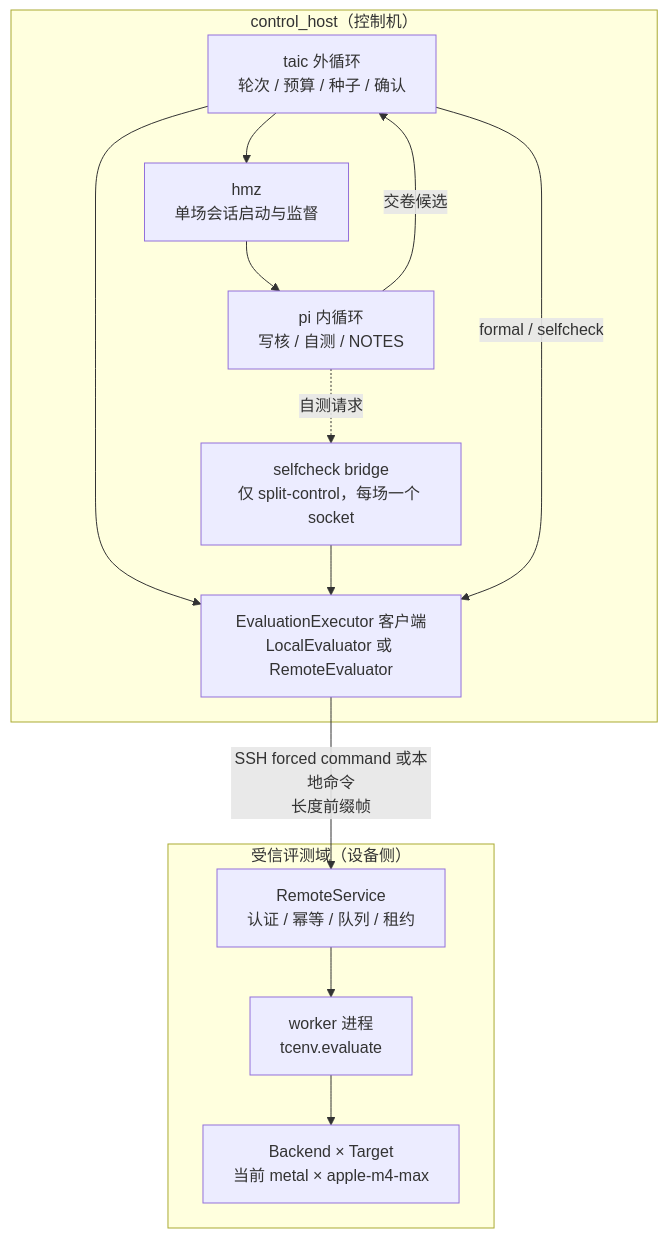
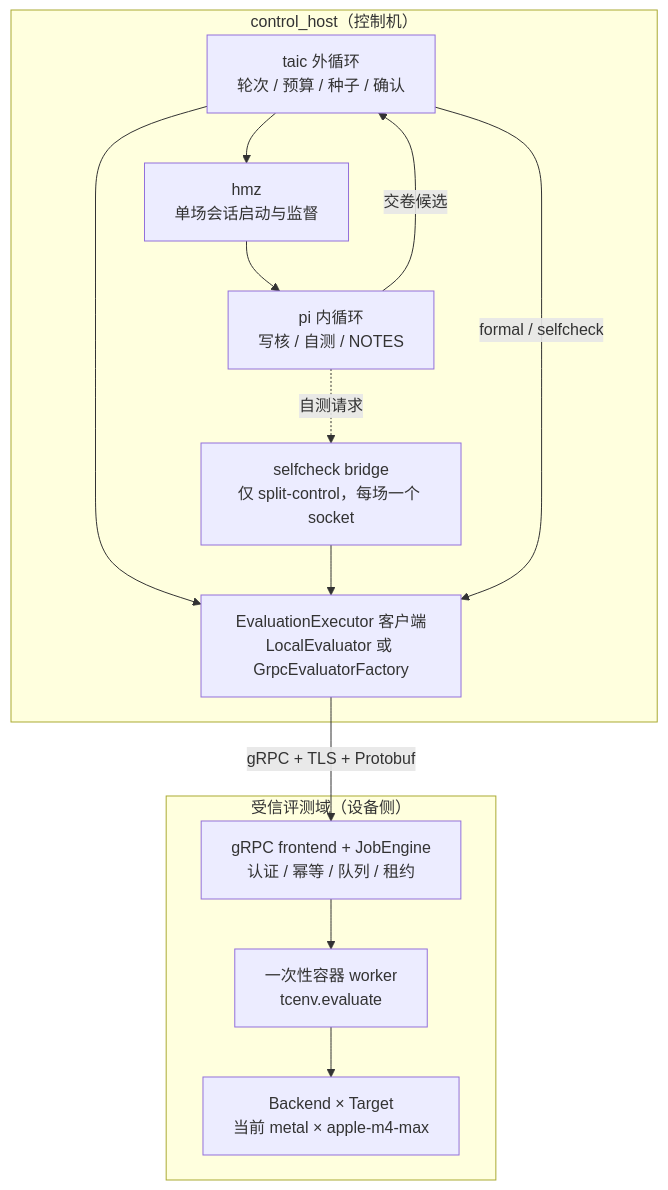
The first of 8 diagrams in docs/架构/执行运行时与设备扩展.md (kuafuwang/ShapeForge), drawn with Mermaid before and after one commit. The commit also changed other lines of this file and 5 other files, not shown here.

````diff
--- a/docs/架构/执行运行时与设备扩展.md
+++ b/docs/架构/执行运行时与设备扩展.md
@@ -23,24 +23,24 @@
 ```mermaid
 flowchart TB
   subgraph C["control_host（控制机）"]
     T["taic 外循环<br/>轮次 / 预算 / 种子 / 确认"]
     H["hmz<br/>单场会话启动与监督"]
     P["pi 内循环<br/>写核 / 自测 / NOTES"]
-    E["EvaluationExecutor 客户端<br/>LocalEvaluator 或 RemoteEvaluator"]
+    E["EvaluationExecutor 客户端<br/>LocalEvaluator 或 GrpcEvaluatorFactory"]
     B["selfcheck bridge<br/>仅 split-control，每场一个 socket"]
     T --> H --> P
     T --> E
     P -.->|"自测请求"| B --> E
   end
 
   subgraph R["受信评测域（设备侧）"]
-    S["RemoteService<br/>认证 / 幂等 / 队列 / 租约"]
-    W["worker 进程<br/>tcenv.evaluate"]
+    S["gRPC frontend + JobEngine<br/>认证 / 幂等 / 队列 / 租约"]
+    W["一次性容器 worker<br/>tcenv.evaluate"]
     K["Backend × Target<br/>当前 metal × apple-m4-max"]
     S --> W --> K
   end
 
   P -->|"交卷候选"| T
   T -->|"formal / selfcheck"| E
-  E -->|"SSH forced command 或本地命令<br/>长度前缀帧"| S
+  E -->|"gRPC + TLS + Protobuf"| S
 ```
````
